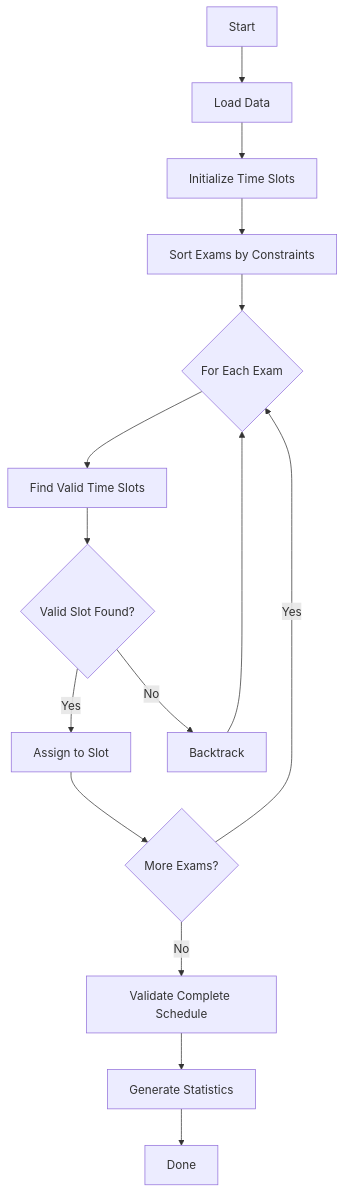
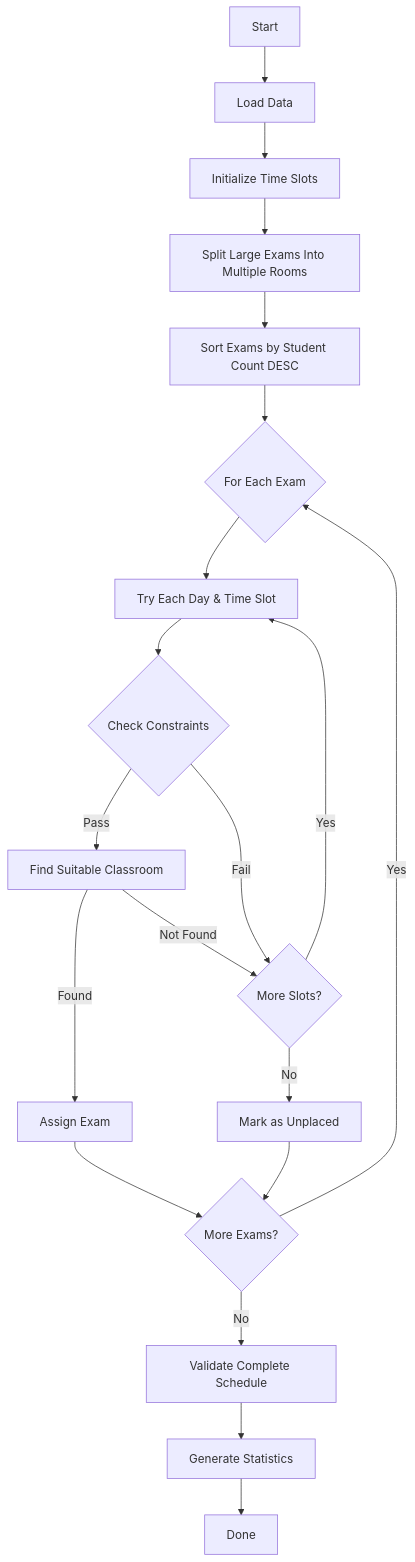
One commit to canuakgun/SE302 changed the diagram in README.md. Above: the diagram before and after it, drawn with Mermaid. The commit also changed other lines of this file, not shown here.

Commit message:
readme changes on algorithm graph and algorithm section.

````diff
--- a/README.md
+++ b/README.md
@@ -376,17 +371,22 @@
 ```mermaid
 graph TD
     A[Start] --> B[Load Data]
     B --> C[Initialize Time Slots]
-    C --> D[Sort Exams by Constraints]
-    D --> E{For Each Exam}
-    E --> F[Find Valid Time Slots]
-    F --> G{Valid Slot Found?}
-    G -->|Yes| H[Assign to Slot]
-    G -->|No| I[Backtrack]
-    I --> E
-    H --> J{More Exams?}
-    J -->|Yes| E
-    J -->|No| K[Validate Complete Schedule]
-    K --> L[Generate Statistics]
-    L --> M[Done]
+    C --> D[Split Large Exams Into Multiple Rooms]
+    D --> E[Sort Exams by Student Count DESC]
+    E --> F{For Each Exam}
+    F --> G[Try Each Day & Time Slot]
+    G --> H{Check Constraints}
+    H -->|Pass| I[Find Suitable Classroom]
+    I -->|Found| J[Assign Exam]
+    I -->|Not Found| K{More Slots?}
+    H -->|Fail| K
+    K -->|Yes| G
+    K -->|No| L[Mark as Unplaced]
+    J --> M{More Exams?}
+    L --> M
+    M -->|Yes| F
+    M -->|No| N[Validate Complete Schedule]
+    N --> O[Generate Statistics]
+    O --> P[Done]
 ```
````
